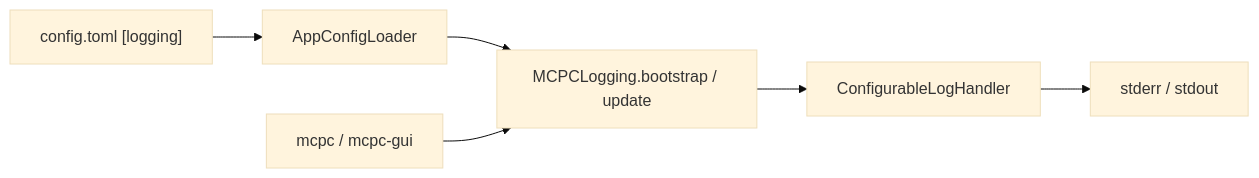
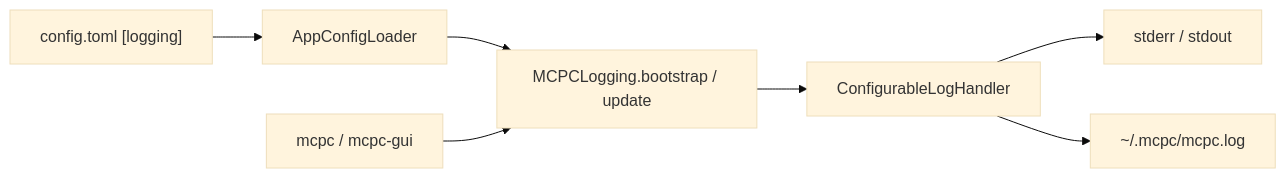
One commit to ashutoshkumarsinha/mcpc changed the eighth of 10 diagrams in docs/HLD.md. Above: the diagram before and after it, drawn with Mermaid (base theme). The commit also changed other lines of this file and 15 other files, not shown here.

````diff
--- a/docs/HLD.md
+++ b/docs/HLD.md
@@ -294,14 +315,15 @@
 ```mermaid
 flowchart LR
     Config["config.toml [logging]"]
     Loader["AppConfigLoader"]
     MCPCLog["MCPCLogging.bootstrap / update"]
     Handler["ConfigurableLogHandler"]
     CLI["mcpc / mcpc-gui"]
 
     Config --> Loader
     Loader --> MCPCLog
     CLI --> MCPCLog
     MCPCLog --> Handler
     Handler --> Stderr["stderr / stdout"]
+    Handler --> File["~/.mcpc/mcpc.log"]
 ```
````
